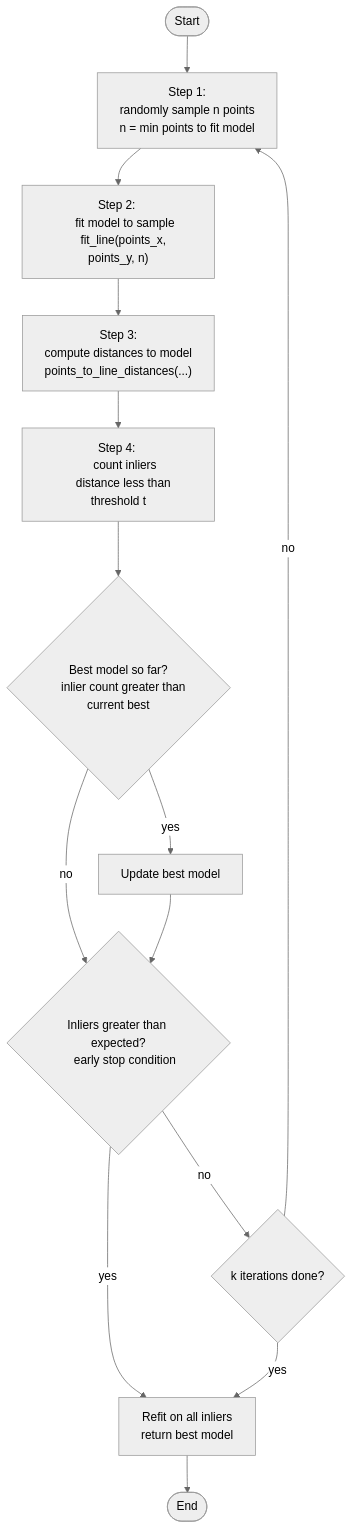
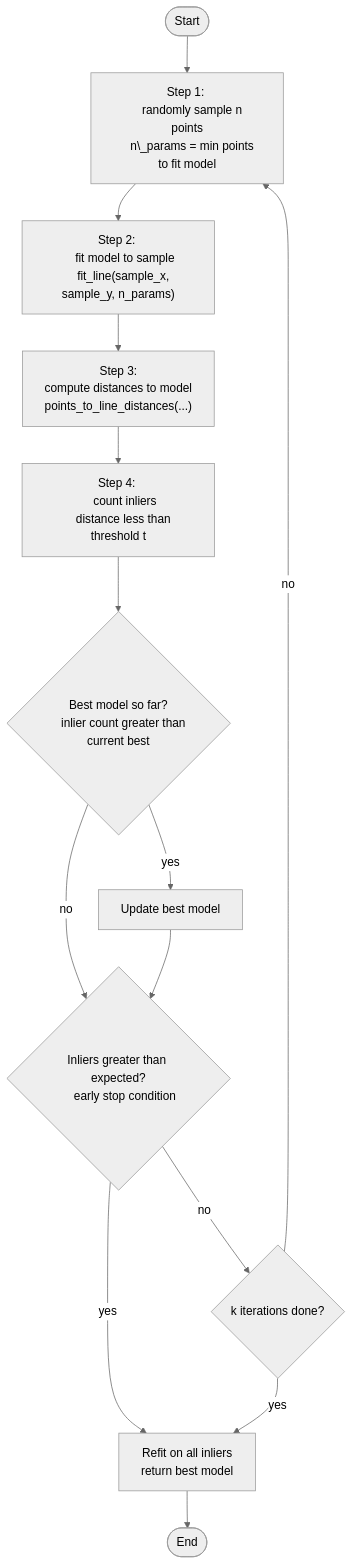
Before and after one commit to arshsinghphd/RANSAC-analysis: the diagram in README.md, drawn with Mermaid (neutral theme). The commit also changed other lines of this file, not shown here.

Commit message:
time complexity analysis based on the flowchart

````diff
--- a/README.md
+++ b/README.md
@@ -65,43 +65,43 @@
 ```mermaid
 flowchart TD
     A([Start]) --> B
 
     B["Step 1: 
     randomly sample n points
-    n = min points to fit model"]
+    n\_params = min points to fit model"]
     B --> C
 
     C["Step 2: 
     fit model to sample
-    fit_line(points_x, points_y, n)"]
+    fit_line(sample_x, sample_y, n_params)"]
     C --> D
 
     D["Step 3: 
     compute distances to model
     points_to_line_distances(...)"]
     D --> E
 
     E["Step 4: 
     count inliers
     distance less than threshold t"]
     E --> F
     F{"Best model so far?
     inlier count greater than current best"}
 
     F -- yes --> G["Update best model"]
     F -- no --> H
     G --> H
 
     H{"Inliers greater than expected?
     early stop condition"}
     H -- yes --> J
     H -- no --> I
 
     I{"k iterations done?"}
     I -- no --> B
     I -- yes --> J
 
     J["Refit on all inliers
     return best model"]
     J --> K([End])
 ```
````
